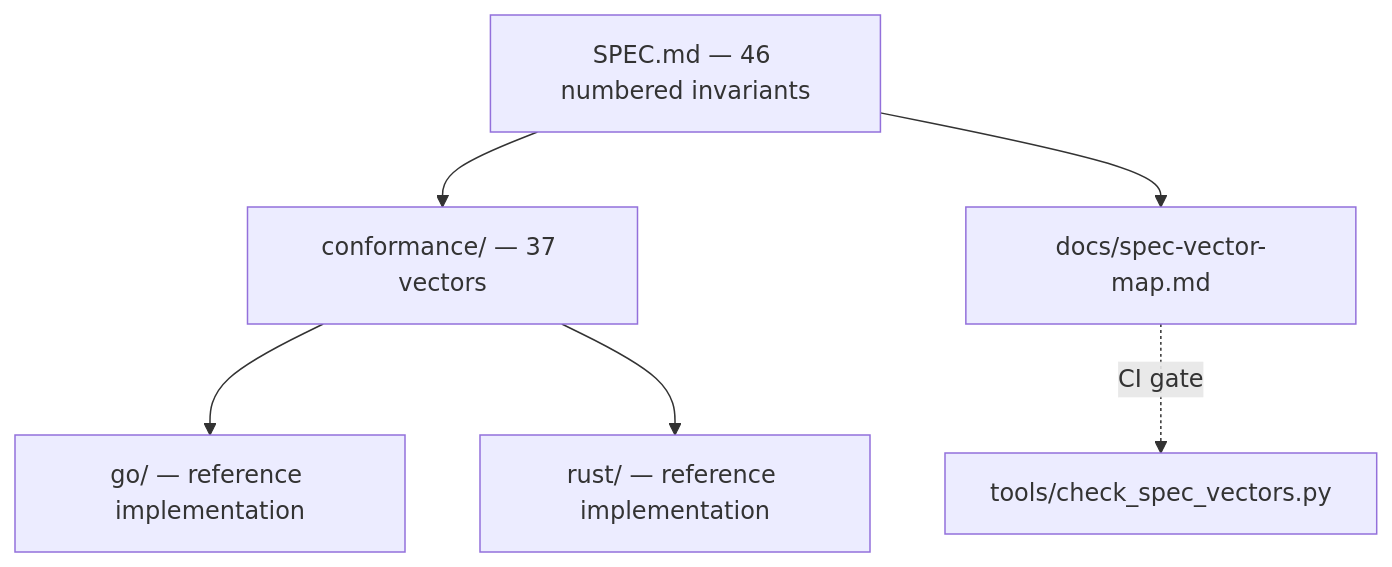
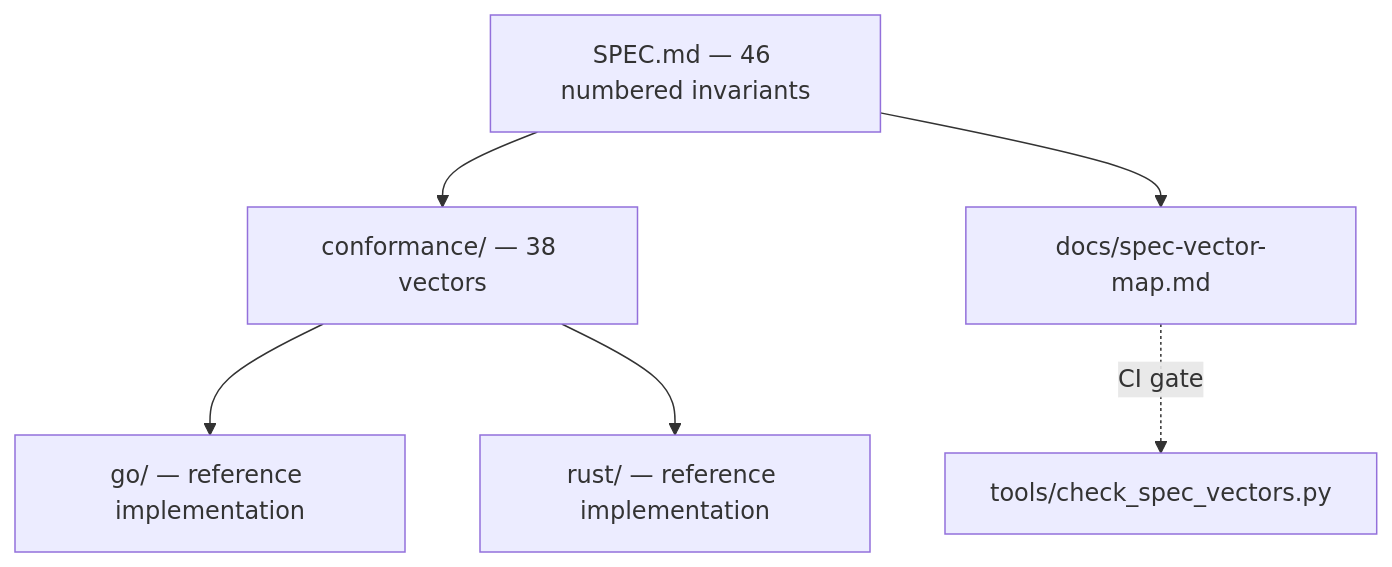
One commit to CentralInfraCore/cic-object-model changed the diagram in docs/en/architecture.md. Above: the diagram before and after it, drawn with Mermaid. The commit also changed 11 other files, not shown here.

````diff
--- a/docs/en/architecture.md
+++ b/docs/en/architecture.md
@@ -9,8 +9,8 @@
 ```mermaid
 graph TD
-    S[SPEC.md — 46 numbered invariants] --> V[conformance/ — 37 vectors]
+    S[SPEC.md — 46 numbered invariants] --> V[conformance/ — 38 vectors]
     S --> M[docs/spec-vector-map.md]
     V --> G[go/ — reference implementation]
     V --> R[rust/ — reference implementation]
     M -.->|CI gate| C[tools/check_spec_vectors.py]
 ```
````
